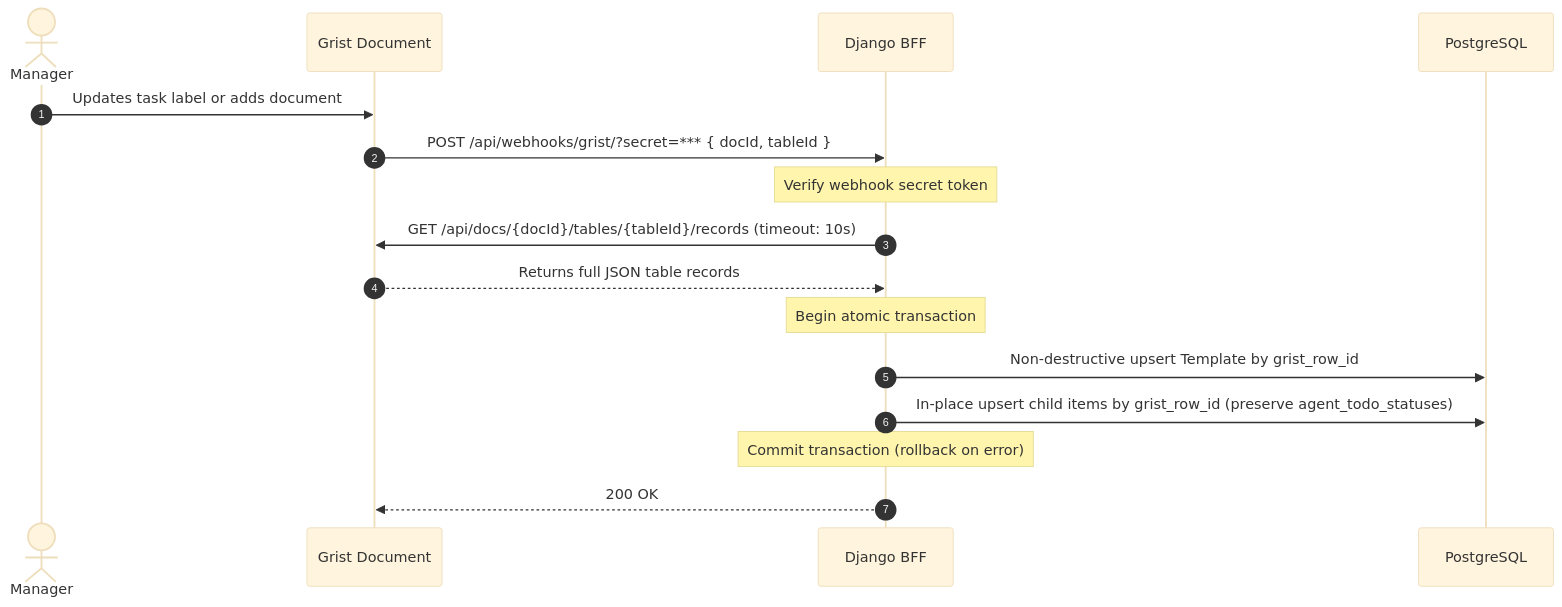
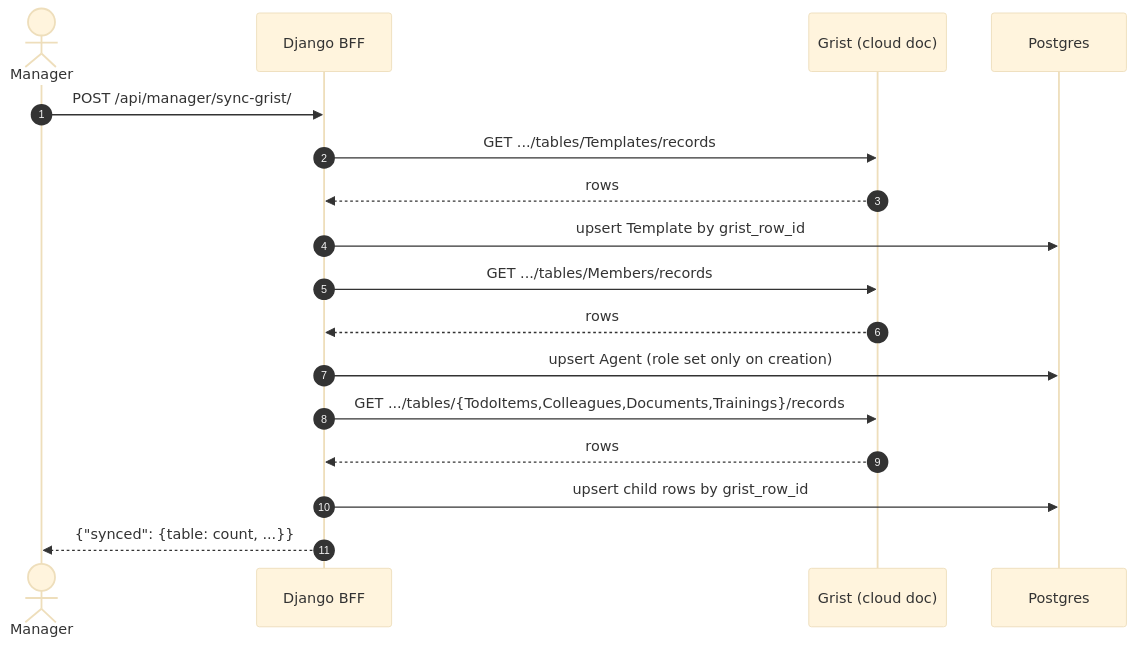
Before and after one commit to axelpolleux/bienvenue-lasuite: the diagram in doc/04-external-integrations.md, drawn with Mermaid (base theme). The commit also changed other lines of this file and 5 other files, not shown here.

First line of the commit message:
docs: update architecture docs to match the real pull-based sync

````diff
--- a/doc/04-external-integrations.md
+++ b/doc/04-external-integrations.md
@@ -49,19 +53,20 @@
 ```mermaid
 sequenceDiagram
     autonumber
-    actor Manager as Manager
-    participant Grist as Grist Document
+    actor Manager
     participant Django as Django BFF
-    participant Postgres as PostgreSQL
+    participant Grist as Grist (cloud doc)
+    participant Postgres
 
-    Manager->>Grist: Updates task label or adds document
-    Grist->>Django: POST /api/webhooks/grist/?secret=*** { docId, tableId }
-    Note over Django: Verify webhook secret token
-    Django->>Grist: GET /api/docs/{docId}/tables/{tableId}/records (timeout: 10s)
-    Grist-->>Django: Returns full JSON table records
-    Note over Django: Begin atomic transaction
-    Django->>Postgres: Non-destructive upsert Template by grist_row_id
-    Django->>Postgres: In-place upsert child items by grist_row_id (preserve agent_todo_statuses)
-    Note over Django: Commit transaction (rollback on error)
-    Django-->>Grist: 200 OK
+    Manager->>Django: POST /api/manager/sync-grist/
+    Django->>Grist: GET .../tables/Templates/records
+    Grist-->>Django: rows
+    Django->>Postgres: upsert Template by grist_row_id
+    Django->>Grist: GET .../tables/Members/records
+    Grist-->>Django: rows
+    Django->>Postgres: upsert Agent (role set only on creation)
+    Django->>Grist: GET .../tables/{TodoItems,Colleagues,Documents,Trainings}/records
+    Grist-->>Django: rows
+    Django->>Postgres: upsert child rows by grist_row_id
+    Django-->>Manager: {"synced": {table: count, ...}}
 ```
````
